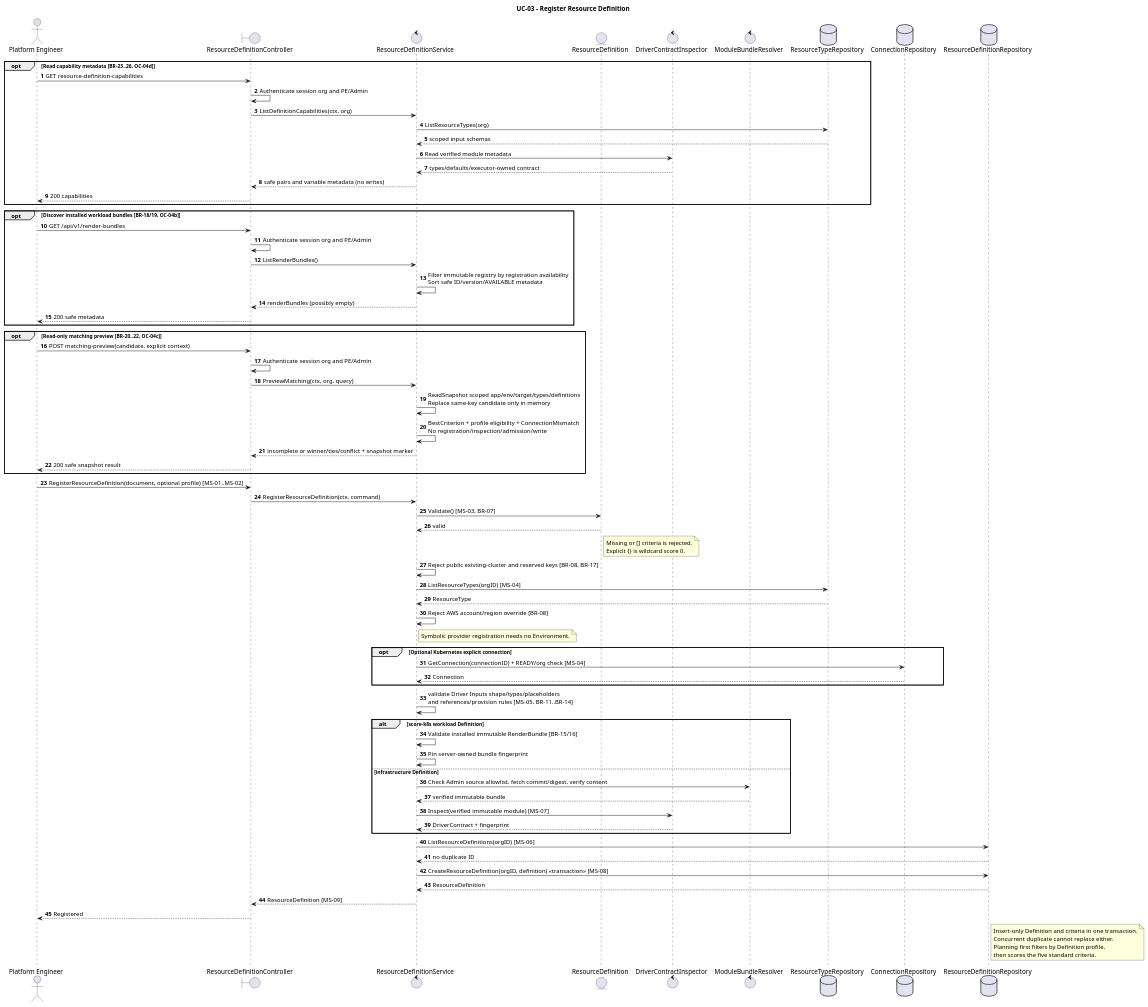
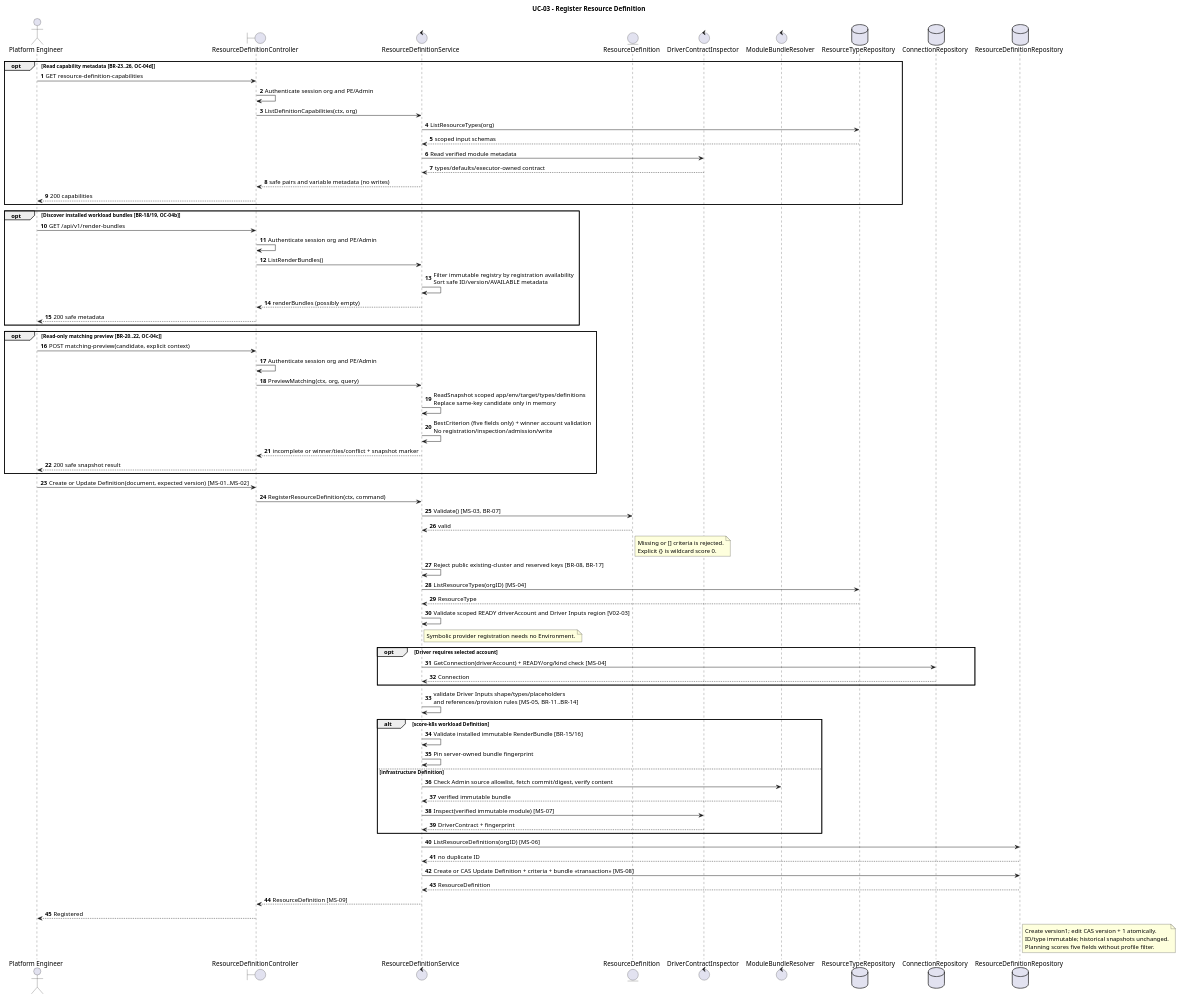
Before and after one commit to pr3s3nt/poc: the diagram in orchestrator_docs/usecase/UC-03/sequence.puml, drawn with PlantUML. The commit also changed 157 other files, not shown here.

```diff
--- a/orchestrator_docs/usecase/UC-03/sequence.puml
+++ b/orchestrator_docs/usecase/UC-03/sequence.puml
@@ -1,85 +1,84 @@
 @startuml
 title UC-03 - Register Resource Definition
 autonumber
 actor "Platform Engineer" as PE
 boundary ResourceDefinitionController as API
 control ResourceDefinitionService as Service
 entity ResourceDefinition as Validator
 control DriverContractInspector as Inspector
 control ModuleBundleResolver as Modules
 database ResourceTypeRepository as TypeRepo
 database ConnectionRepository as ConnectionRepo
 database ResourceDefinitionRepository as DefinitionRepo
 
 opt Read capability metadata [BR-23..26, OC-04d]
 PE -> API: GET resource-definition-capabilities
 API -> API: Authenticate session org and PE/Admin
 API -> Service: ListDefinitionCapabilities(ctx, org)
 Service -> TypeRepo: ListResourceTypes(org)
 TypeRepo --> Service: scoped input schemas
 Service -> Inspector: Read verified module metadata
 Inspector --> Service: types/defaults/executor-owned contract
 Service --> API: safe pairs and variable metadata (no writes)
 API --> PE: 200 capabilities
 end
 
 opt Discover installed workload bundles [BR-18/19, OC-04b]
 PE -> API: GET /api/v1/render-bundles
 API -> API: Authenticate session org and PE/Admin
 API -> Service: ListRenderBundles()
 Service -> Service: Filter immutable registry by registration availability\nSort safe ID/version/AVAILABLE metadata
 Service --> API: renderBundles (possibly empty)
 API --> PE: 200 safe metadata
 end
 
 opt Read-only matching preview [BR-20..22, OC-04c]
 PE -> API: POST matching-preview(candidate, explicit context)
 API -> API: Authenticate session org and PE/Admin
 API -> Service: PreviewMatching(ctx, org, query)
 Service -> Service: ReadSnapshot scoped app/env/target/types/definitions\nReplace same-key candidate only in memory
-Service -> Service: BestCriterion + profile eligibility + ConnectionMismatch\nNo registration/inspection/admission/write
+Service -> Service: BestCriterion (five fields only) + winner account validation\nNo registration/inspection/admission/write
 Service --> API: incomplete or winner/ties/conflict + snapshot marker
 API --> PE: 200 safe snapshot result
 end
 
-PE -> API: RegisterResourceDefinition(document, optional profile) [MS-01..MS-02]
+PE -> API: Create or Update Definition(document, expected version) [MS-01..MS-02]
 API -> Service: RegisterResourceDefinition(ctx, command)
 Service -> Validator: Validate() [MS-03, BR-07]
 Validator --> Service: valid
 note right of Validator
 Missing or [] criteria is rejected.
 Explicit {} is wildcard score 0.
 end note
 Service -> Service: Reject public existing-cluster and reserved keys [BR-08, BR-17]
 Service -> TypeRepo: ListResourceTypes(orgID) [MS-04]
 TypeRepo --> Service: ResourceType
-Service -> Service: Reject AWS account/region override [BR-08]
+Service -> Service: Validate scoped READY driverAccount and Driver Inputs region [V02-03]
 note right of Service: Symbolic provider registration needs no Environment.
-opt Optional Kubernetes explicit connection
-Service -> ConnectionRepo: GetConnection(connectionID) + READY/org check [MS-04]
+opt Driver requires selected account
+Service -> ConnectionRepo: GetConnection(driverAccount) + READY/org/kind check [MS-04]
 ConnectionRepo --> Service: Connection
 end
 Service -> Service: validate Driver Inputs shape/types/placeholders\nand references/provision rules [MS-05, BR-11..BR-14]
 alt score-k8s workload Definition
   Service -> Service: Validate installed immutable RenderBundle [BR-15/16]
   Service -> Service: Pin server-owned bundle fingerprint
 else infrastructure Definition
   Service -> Modules: Check Admin source allowlist, fetch commit/digest, verify content
   Modules --> Service: verified immutable bundle
   Service -> Inspector: Inspect(verified immutable module) [MS-07]
   Inspector --> Service: DriverContract + fingerprint
 end
 Service -> DefinitionRepo: ListResourceDefinitions(orgID) [MS-06]
 DefinitionRepo --> Service: no duplicate ID
-Service -> DefinitionRepo: CreateResourceDefinition(orgID, definition) <<transaction>> [MS-08]
+Service -> DefinitionRepo: Create or CAS Update Definition + criteria + bundle <<transaction>> [MS-08]
 DefinitionRepo --> Service: ResourceDefinition
 Service --> API: ResourceDefinition [MS-09]
 API --> PE: Registered
 note right of DefinitionRepo
-Insert-only Definition and criteria in one transaction.
-Concurrent duplicate cannot replace either.
-Planning first filters by Definition profile,
-then scores the five standard criteria.
+Create version1; edit CAS version + 1 atomically.
+ID/type immutable; historical snapshots unchanged.
+Planning scores five fields without profile filter.
 end note
 
 @enduml
```
